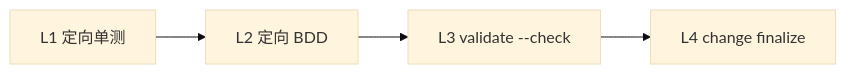
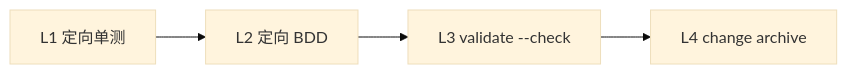
The second of 3 diagrams in llmanspec/AGENTS.md (StrayDragon/llman-sdd), drawn with Mermaid (base theme) before and after one commit. The commit also changed other lines of this file and 77 other files, not shown here.

````diff
--- a/llmanspec/AGENTS.md
+++ b/llmanspec/AGENTS.md
@@ -128,6 +128,6 @@
 ```mermaid
 flowchart LR
   L1["L1 定向单测"] --> L2["L2 定向 BDD"]
   L2 --> L3["L3 validate --check"]
-  L3 --> L4["L4 change finalize"]
+  L3 --> L4["L4 change archive"]
 ```
````
